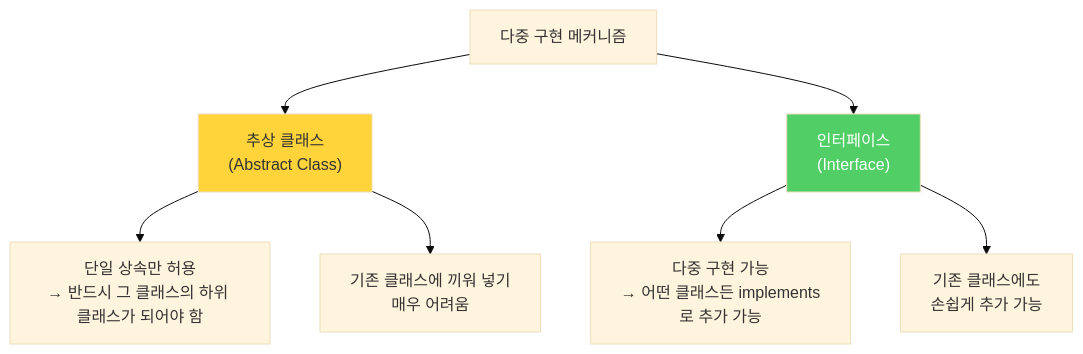
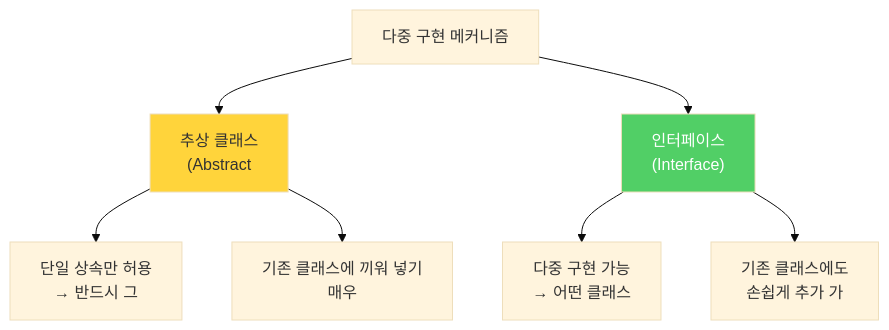
One commit to yjkim2015/yjkim2015.github.io changed the first of 5 diagrams in _posts/java/2022-01-03-effective-java20.md. Above: the diagram before and after it, drawn with Mermaid (base theme). The commit also changed other lines of this file and 271 other files, not shown here.

First line of the commit message:
Mermaid 라벨 축소: 긴 노드 텍스트 18자 이하로 트림 + \n 제거

````diff
--- a/_posts/java/2022-01-03-effective-java20.md
+++ b/_posts/java/2022-01-03-effective-java20.md
@@ -18,11 +18,11 @@
 ```mermaid
 graph TD
-    A["다중 구현 메커니즘"] --> B["추상 클래스\n(Abstract Class)"]
+    A["다중 구현 메커니즘"] --> B["추상 클래스\n(Abstract"]
     A --> C["인터페이스\n(Interface)"]
-    B --> B1["단일 상속만 허용\n→ 반드시 그 클래스의 하위 클래스가 되어야 함"]
-    B --> B2["기존 클래스에 끼워 넣기\n매우 어려움"]
-    C --> C1["다중 구현 가능\n→ 어떤 클래스든 implements로 추가 가능"]
-    C --> C2["기존 클래스에도\n손쉽게 추가 가능"]
+    B --> B1["단일 상속만 허용\n→ 반드시 그"]
+    B --> B2["기존 클래스에 끼워 넣기\n매우"]
+    C --> C1["다중 구현 가능\n→ 어떤 클래스"]
+    C --> C2["기존 클래스에도\n손쉽게 추가 가"]
     style C fill:#51cf66,color:#fff
     style B fill:#ffd43b
 ```
````
